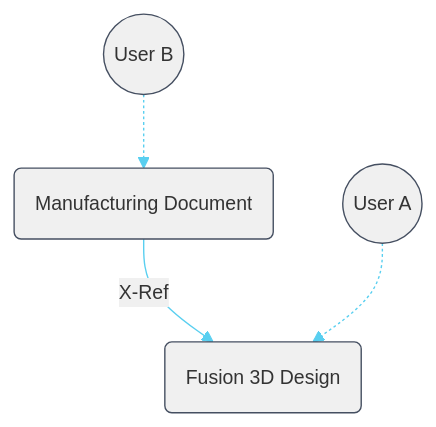
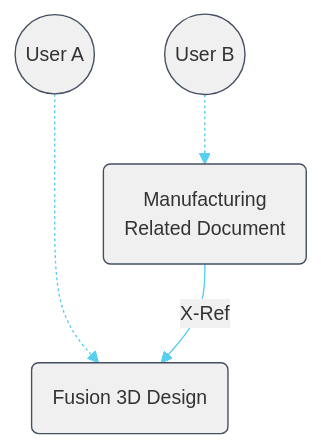
Before and after one commit to schneik80/Fusion-Create-Discipline-Document: the first of 4 diagrams in README.md, drawn with Mermaid. The commit also changed other lines of this file and 1 other file, not shown here.

````diff
--- a/README.md
+++ b/README.md
@@ -15,25 +14,26 @@
 ```mermaid
 %%{
 init: {
 'theme':'base',
 'themeVariables': {
 'primaryColor': '#f0f0f0',
 'primaryBorderColor': '#454F61',
 'lineColor': '#59cff0',
 'tertiaryColor': '#e1ecf5',
 'fontSize': '14px'
 }
 }
 }%%
 
 graph TD
 
-a(Manufacturing Document)
+a(Manufacturing\n Related Document)
 b(Fusion 3D Design)
 
 c((User A))
 d((User B))
 
+c -..-> b
 d -.-> a --"X-Ref"--> b
-c -.-> b
+
 ```
````
